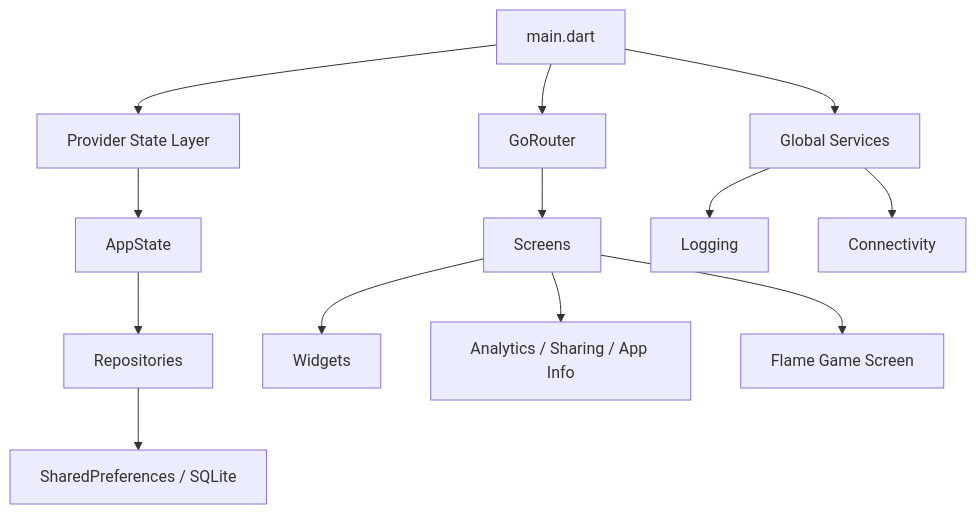
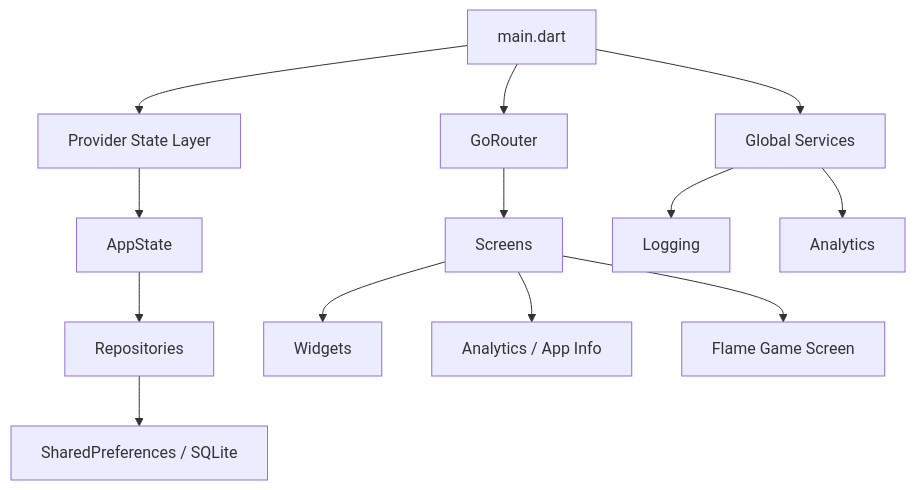
The diagram in docs/ARCHITECTURE.md (BugraKaanSaglam/game_for_cats_flutter), drawn with Mermaid before and after one commit. The commit also changed other lines of this file and 68 other files, not shown here.

````diff
--- a/docs/ARCHITECTURE.md
+++ b/docs/ARCHITECTURE.md
@@ -9,15 +9,15 @@
 ```mermaid
 flowchart TD
     A[main.dart] --> B[GoRouter]
     A --> C[Provider State Layer]
     A --> D[Global Services]
     C --> E[AppState]
     E --> F[Repositories]
     F --> G[SharedPreferences / SQLite]
     B --> H[Screens]
     H --> I[Widgets]
-    H --> J[Analytics / Sharing / App Info]
+    H --> J[Analytics / App Info]
     H --> K[Flame Game Screen]
     D --> L[Logging]
-    D --> M[Connectivity]
+    D --> M[Analytics]
 ```
````
